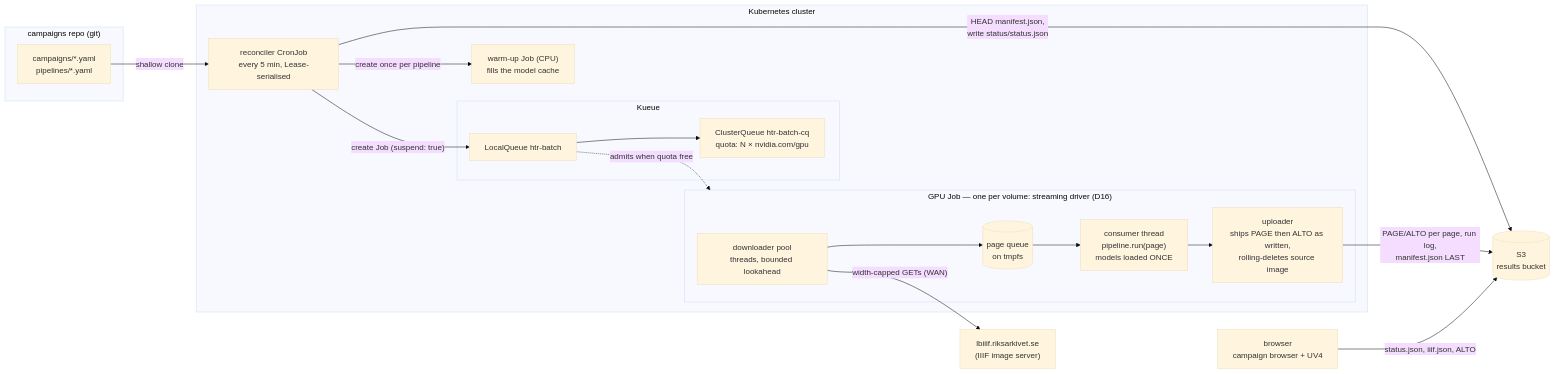
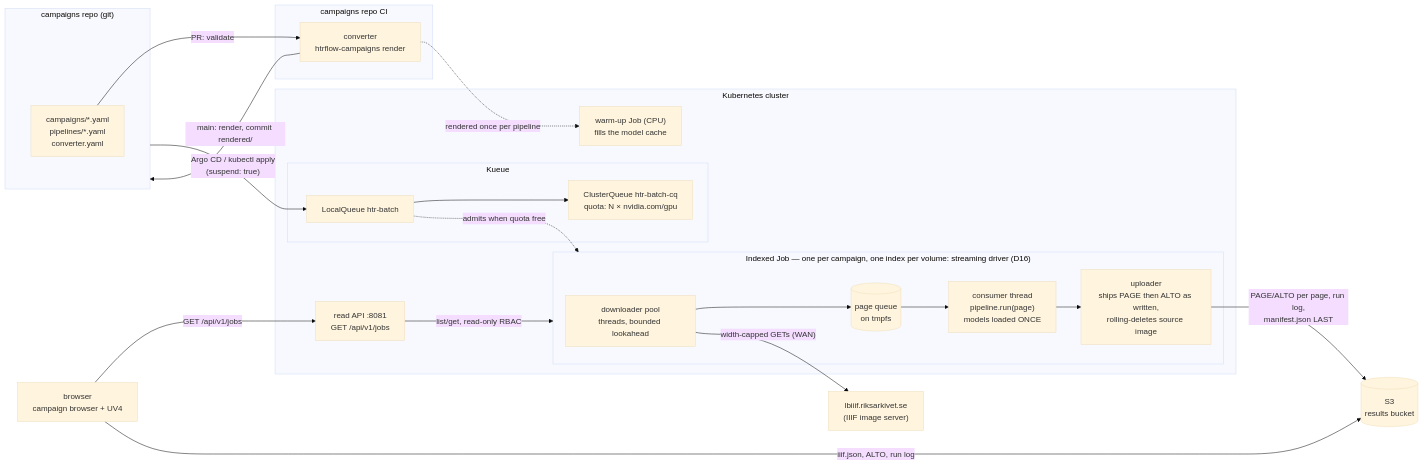
The first of 2 diagrams in docs/how-it-works/architecture.md (AI-Riksarkivet/htrflow-batch), drawn with Mermaid (base theme) before and after one commit. The commit also changed other lines of this file and 37 other files, not shown here.

````diff
--- a/docs/how-it-works/architecture.md
+++ b/docs/how-it-works/architecture.md
@@ -3,36 +3,42 @@
 ```mermaid
 flowchart LR
     subgraph git["campaigns repo (git)"]
-        CAMP["campaigns/*.yaml<br/>pipelines/*.yaml"]
+        CAMP["campaigns/*.yaml<br/>pipelines/*.yaml<br/>converter.yaml"]
+    end
+
+    subgraph ci["campaigns repo CI"]
+        CONV["converter<br/>htrflow-campaigns render"]
     end
 
     subgraph cluster["Kubernetes cluster"]
-        REC["reconciler CronJob<br/>every 5 min, Lease-serialised"]
         subgraph queueing["Kueue"]
             LQ["LocalQueue htr-batch"] --> CQ["ClusterQueue htr-batch-cq<br/>quota: N × nvidia.com/gpu"]
         end
 
-        subgraph job["GPU Job — one per volume: streaming driver (D16)"]
+        subgraph job["Indexed Job — one per campaign, one index per volume: streaming driver (D16)"]
             DLP["downloader pool<br/>threads, bounded lookahead"]
             PQ[("page queue<br/>on tmpfs")]
             CONS["consumer thread<br/>pipeline.run(page)<br/>models loaded ONCE"]
             UPL["uploader<br/>ships PAGE then ALTO as written,<br/>rolling-deletes source image"]
             DLP --> PQ --> CONS --> UPL
         end
 
         WARM["warm-up Job (CPU)<br/>fills the model cache"]
+        API["read API :8081<br/>GET /api/v1/jobs"]
         LQ -.->|admits when quota free| job
+        API -->|"list/get, read-only RBAC"| job
     end
 
     IIIF["lbiiif.riksarkivet.se<br/>(IIIF image server)"]
     S3[("S3<br/>results bucket")]
     BROWSER["browser<br/>campaign browser + UV4"]
 
-    CAMP -->|"shallow clone"| REC
-    REC -->|"create Job (suspend: true)"| LQ
-    REC -->|"create once per pipeline"| WARM
-    REC -->|"HEAD manifest.json,<br/>write status/status.json"| S3
+    CAMP -->|"PR: validate"| CONV
+    CONV -->|"main: render, commit rendered/"| git
+    git -->|"Argo CD / kubectl apply<br/>(suspend: true)"| LQ
+    CONV -.->|"rendered once per pipeline"| WARM
     DLP -->|"width-capped GETs (WAN)"| IIIF
     UPL -->|"PAGE/ALTO per page, run log,<br/>manifest.json LAST"| S3
-    BROWSER -->|"status.json, iiif.json, ALTO"| S3
+    BROWSER -->|"GET /api/v1/jobs"| API
+    BROWSER -->|"iiif.json, ALTO, run log"| S3
 ```
````
